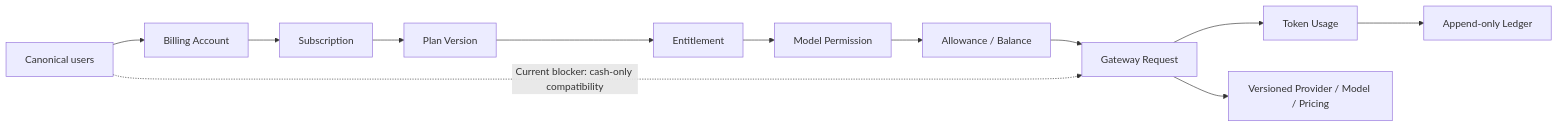
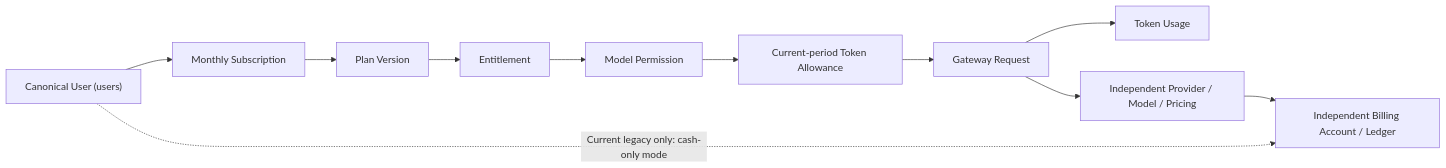
The diagram in docs/prd/ink-memory-admin-prd-v3.md (glide-the/dream-im-platform), drawn with Mermaid before and after one commit. The commit also changed other lines of this file and 53 other files, not shown here.

First line of the commit message:
feat: implement subscription token model with monthly cycle and constraints

````diff
--- a/docs/prd/ink-memory-admin-prd-v3.md
+++ b/docs/prd/ink-memory-admin-prd-v3.md
@@ -24,9 +24,10 @@
 ```mermaid
 flowchart LR
-  U["Canonical users"] --> B["Billing Account"] --> S["Subscription"]
+  U["Canonical User (users)"] --> S["Monthly Subscription"]
   S --> V["Plan Version"] --> E["Entitlement"] --> M["Model Permission"]
-  M --> A["Allowance / Balance"] --> G["Gateway Request"]
-  G --> X["Token Usage"] --> L["Append-only Ledger"]
-  G --> R["Versioned Provider / Model / Pricing"]
-  U -. "Current blocker: cash-only compatibility" .-> G
+  M --> A["Current-period Token Allowance"] --> G["Gateway Request"]
+  G --> X["Token Usage"]
+  G --> R["Independent Provider / Model / Pricing"]
+  R --> B["Independent Billing Account / Ledger"]
+  U -. "Current legacy only: cash-only mode" .-> B
 ```
````
